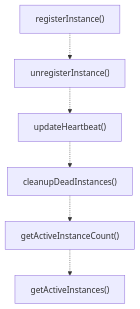
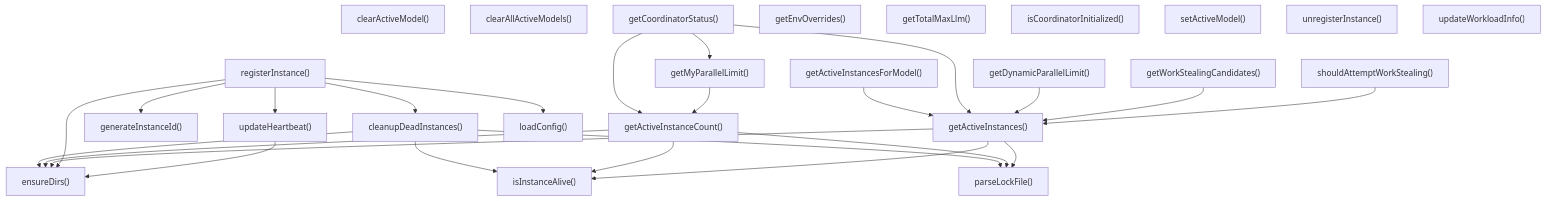
One commit to Mekann2904/mekann changed the third of 4 diagrams in ABDD/.pi/lib/cross-instance-coordinator.md. Above: the diagram before and after it, drawn with Mermaid. The commit also changed other lines of this file and 277 other files, not shown here.

````diff
--- a/ABDD/.pi/lib/cross-instance-coordinator.md
+++ b/ABDD/.pi/lib/cross-instance-coordinator.md
@@ -162,14 +162,50 @@
 ```mermaid
 flowchart TD
+  cleanupDeadInstances["cleanupDeadInstances()"]
+  clearActiveModel["clearActiveModel()"]
+  clearAllActiveModels["clearAllActiveModels()"]
+  ensureDirs["ensureDirs()"]
+  generateInstanceId["generateInstanceId()"]
+  getActiveInstanceCount["getActiveInstanceCount()"]
+  getActiveInstances["getActiveInstances()"]
+  getActiveInstancesForModel["getActiveInstancesForModel()"]
+  getCoordinatorStatus["getCoordinatorStatus()"]
+  getDynamicParallelLimit["getDynamicParallelLimit()"]
+  getEnvOverrides["getEnvOverrides()"]
+  getMyParallelLimit["getMyParallelLimit()"]
+  getTotalMaxLlm["getTotalMaxLlm()"]
+  getWorkStealingCandidates["getWorkStealingCandidates()"]
+  isCoordinatorInitialized["isCoordinatorInitialized()"]
+  isInstanceAlive["isInstanceAlive()"]
+  loadConfig["loadConfig()"]
+  parseLockFile["parseLockFile()"]
   registerInstance["registerInstance()"]
+  setActiveModel["setActiveModel()"]
+  shouldAttemptWorkStealing["shouldAttemptWorkStealing()"]
   unregisterInstance["unregisterInstance()"]
   updateHeartbeat["updateHeartbeat()"]
-  cleanupDeadInstances["cleanupDeadInstances()"]
-  getActiveInstanceCount["getActiveInstanceCount()"]
-  getActiveInstances["getActiveInstances()"]
-  registerInstance -.-> unregisterInstance
-  unregisterInstance -.-> updateHeartbeat
-  updateHeartbeat -.-> cleanupDeadInstances
-  cleanupDeadInstances -.-> getActiveInstanceCount
-  getActiveInstanceCount -.-> getActiveInstances
+  updateWorkloadInfo["updateWorkloadInfo()"]
+  cleanupDeadInstances --> ensureDirs
+  cleanupDeadInstances --> isInstanceAlive
+  cleanupDeadInstances --> parseLockFile
+  getActiveInstanceCount --> ensureDirs
+  getActiveInstanceCount --> isInstanceAlive
+  getActiveInstanceCount --> parseLockFile
+  getActiveInstances --> ensureDirs
+  getActiveInstances --> isInstanceAlive
+  getActiveInstances --> parseLockFile
+  getActiveInstancesForModel --> getActiveInstances
+  getCoordinatorStatus --> getActiveInstanceCount
+  getCoordinatorStatus --> getActiveInstances
+  getCoordinatorStatus --> getMyParallelLimit
+  getDynamicParallelLimit --> getActiveInstances
+  getMyParallelLimit --> getActiveInstanceCount
+  getWorkStealingCandidates --> getActiveInstances
+  registerInstance --> cleanupDeadInstances
+  registerInstance --> ensureDirs
+  registerInstance --> generateInstanceId
+  registerInstance --> loadConfig
+  registerInstance --> updateHeartbeat
+  shouldAttemptWorkStealing --> getActiveInstances
+  updateHeartbeat --> ensureDirs
 ```
````
